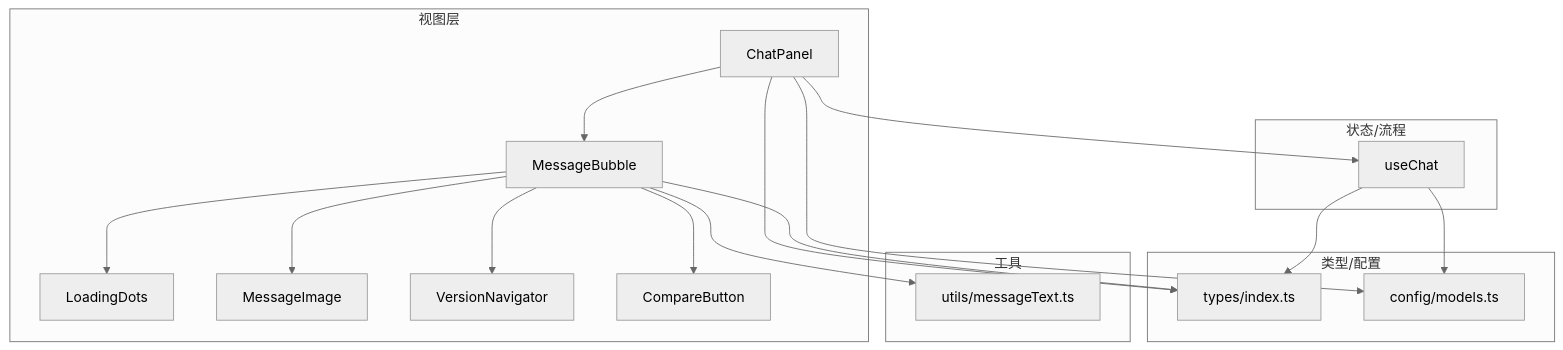
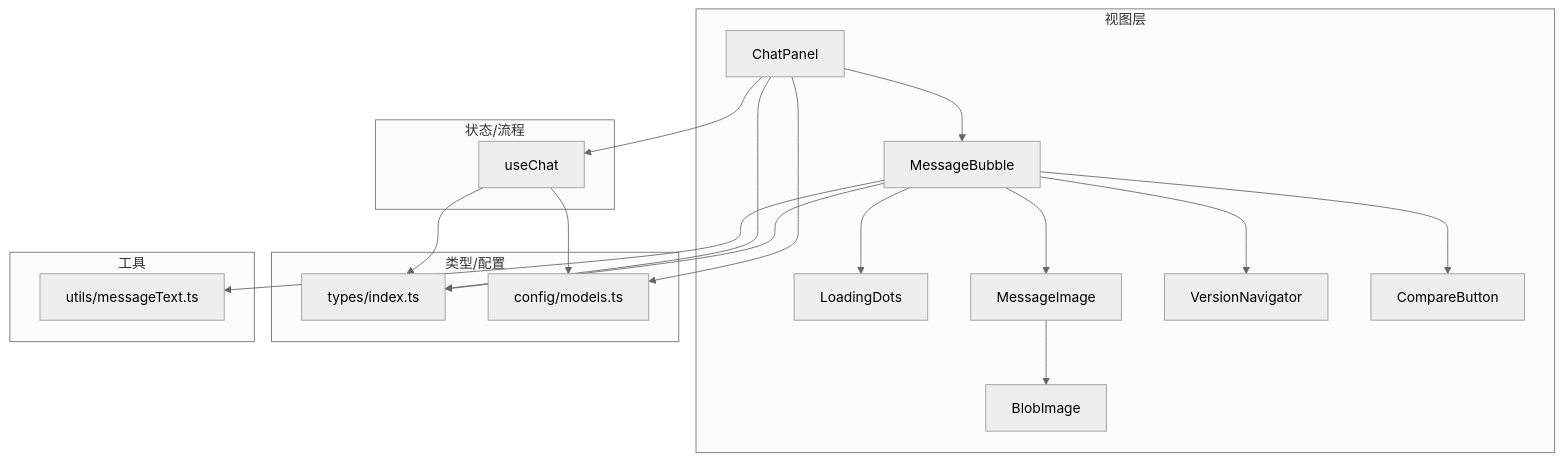
The first of 8 diagrams in .qoder/repowiki/zh/content/架构设计/组件架构设计/功能面板组件/聊天面板组件/消息渲染系统.md (billye220670/AIShop), drawn with Mermaid (neutral theme) before and after one commit. The commit also changed other lines of this file and 30 other files, not shown here.

Commit message:
docs: 同步 repowiki 知识库重组（图片压缩工具与消息渲染模块文档）

````diff
--- a/.qoder/repowiki/zh/content/架构设计/组件架构设计/功能面板组件/聊天面板组件/消息渲染系统.md
+++ b/.qoder/repowiki/zh/content/架构设计/组件架构设计/功能面板组件/聊天面板组件/消息渲染系统.md
@@ -53,33 +62,35 @@
 ```mermaid
 graph TB
 subgraph "视图层"
 CP["ChatPanel"]
 MB["MessageBubble"]
 LD["LoadingDots"]
 MI["MessageImage"]
+BI["BlobImage"]
 VN["VersionNavigator"]
 CB["CompareButton"]
 end
 subgraph "状态/流程"
 UC["useChat"]
 end
 subgraph "类型/配置"
 T["types/index.ts"]
 M["config/models.ts"]
 end
 subgraph "工具"
 UT["utils/messageText.ts"]
 end
 CP --> MB
 CP --> UC
 MB --> VN
 MB --> CB
 MB --> MI
+MI --> BI
 MB --> LD
 MB --> UT
 CP --> T
 MB --> T
 UC --> T
 UC --> M
 CP --> M
 ```
````
